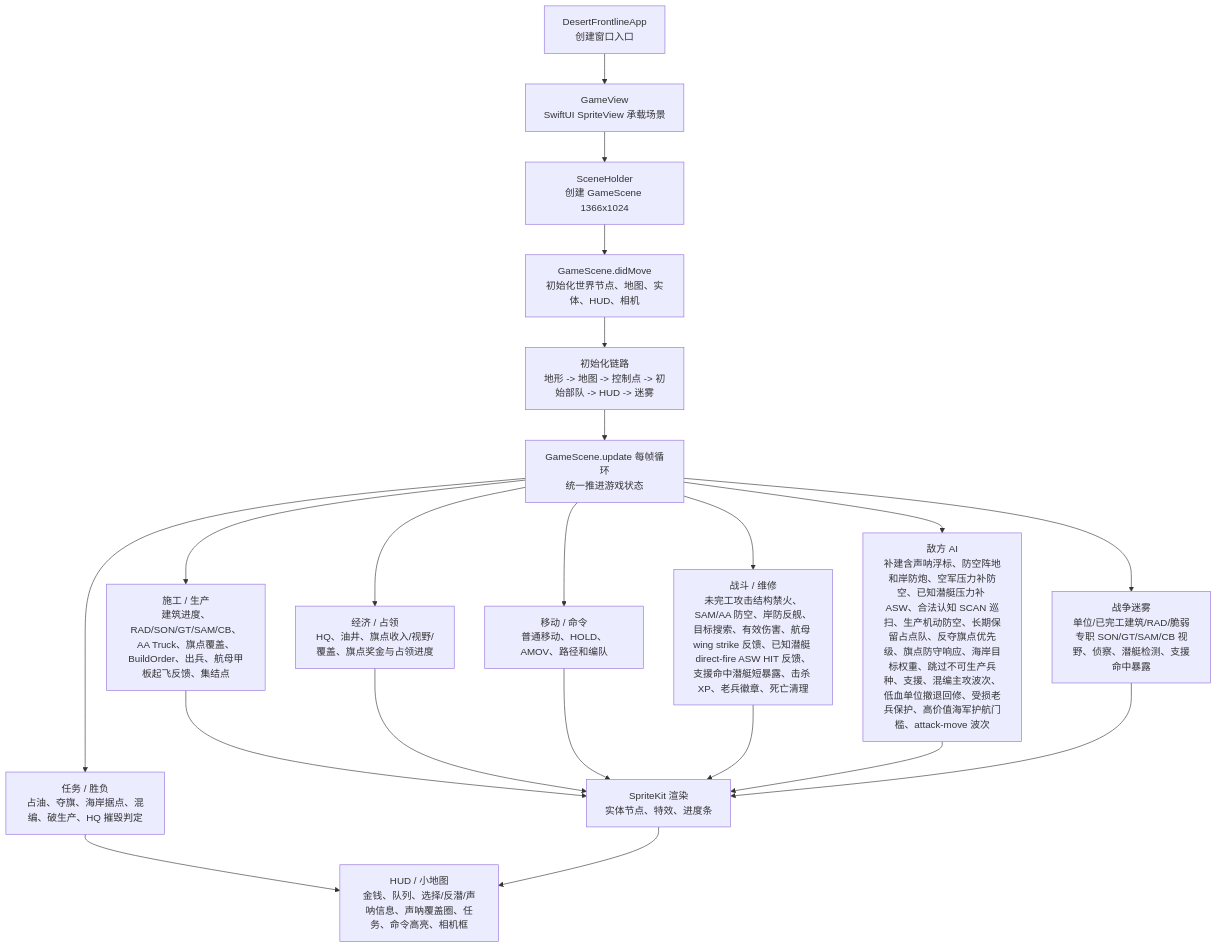
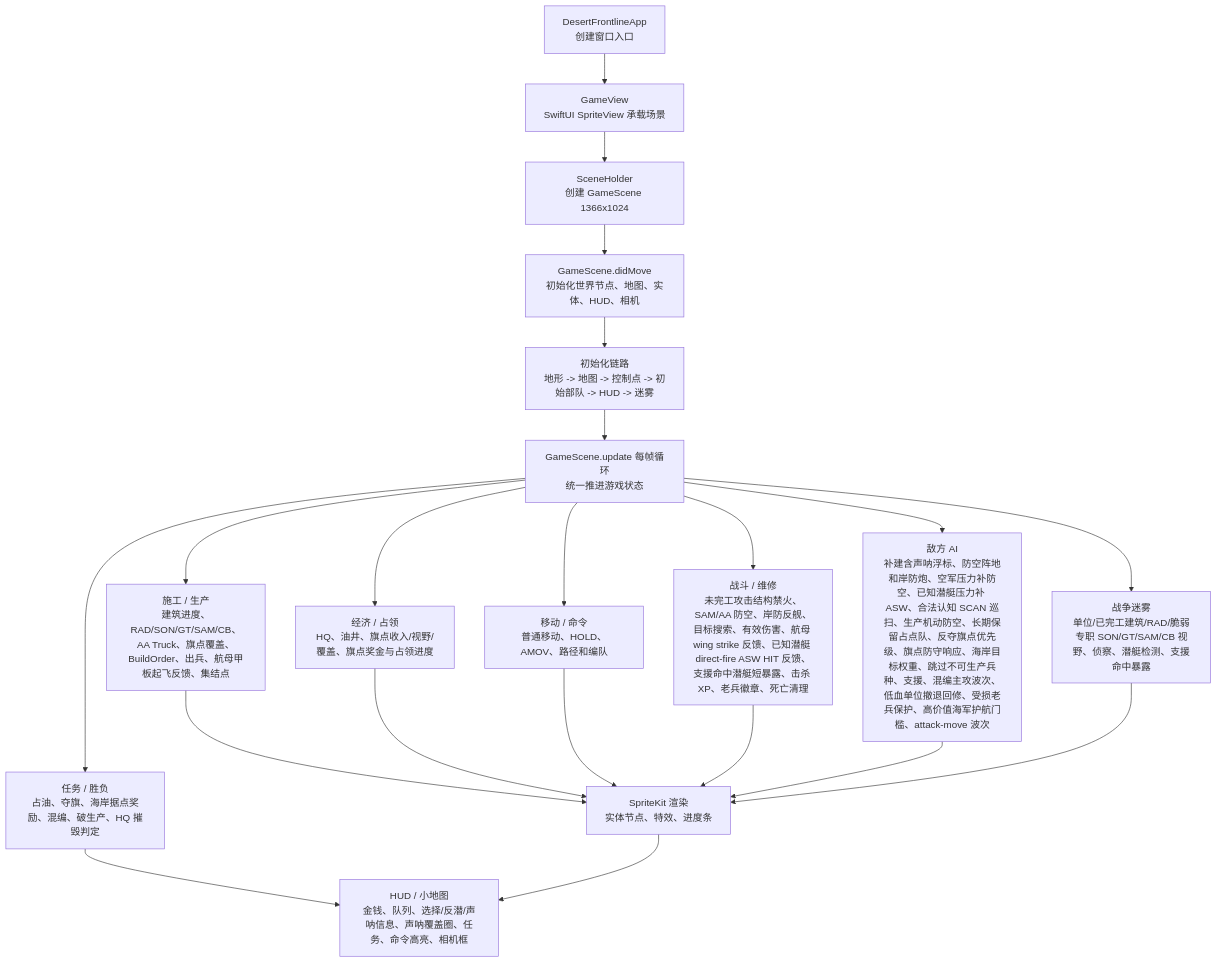
Before and after one commit to Altman-sam114/1145: the first of 3 diagrams in md/flow/flowchart.md, drawn with Mermaid. The commit also changed 4 other files, not shown here.

````diff
--- a/md/flow/flowchart.md
+++ b/md/flow/flowchart.md
@@ -9,23 +9,23 @@
 ```mermaid
 flowchart TD
   App["DesertFrontlineApp\n创建窗口入口"] --> View["GameView\nSwiftUI SpriteView 承载场景"]
   View --> Holder["SceneHolder\n创建 GameScene 1366x1024"]
   Holder --> Scene["GameScene.didMove\n初始化世界节点、地图、实体、HUD、相机"]
   Scene --> Init["初始化链路\n地形 -> 地图 -> 控制点 -> 初始部队 -> HUD -> 迷雾"]
   Init --> Loop["GameScene.update 每帧循环\n统一推进游戏状态"]
   Loop --> Build["施工 / 生产\n建筑进度、RAD/SON/GT/SAM/CB、AA Truck、旗点覆盖、BuildOrder、出兵、航母甲板起飞反馈、集结点"]
   Loop --> Economy["经济 / 占领\nHQ、油井、旗点收入/视野/覆盖、旗点奖金与占领进度"]
   Loop --> Commands["移动 / 命令\n普通移动、HOLD、AMOV、路径和编队"]
   Loop --> Combat["战斗 / 维修\n未完工攻击结构禁火、SAM/AA 防空、岸防反舰、目标搜索、有效伤害、航母 wing strike 反馈、已知潜艇 direct-fire ASW HIT 反馈、支援命中潜艇短暴露、击杀 XP、老兵徽章、死亡清理"]
   Loop --> AI["敌方 AI\n补建含声呐浮标、防空阵地和岸防炮、空军压力补防空、已知潜艇压力补 ASW、合法认知 SCAN 巡扫、生产机动防空、长期保留占点队、反夺旗点优先级、旗点防守响应、海岸目标权重、跳过不可生产兵种、支援、混编主攻波次、低血单位撤退回修、受损老兵保护、高价值海军护航门槛、attack-move 波次"]
   Loop --> Fog["战争迷雾\n单位/已完工建筑/RAD/脆弱专职 SON/GT/SAM/CB 视野、侦察、潜艇检测、支援命中暴露"]
-  Loop --> Mission["任务 / 胜负\n占油、夺旗、海岸据点、混编、破生产、HQ 摧毁判定"]
+  Loop --> Mission["任务 / 胜负\n占油、夺旗、海岸据点奖励、混编、破生产、HQ 摧毁判定"]
   Build --> Render["SpriteKit 渲染\n实体节点、特效、进度条"]
   Economy --> Render
   Commands --> Render
   Combat --> Render
   AI --> Render
   Fog --> Render
   Mission --> HUD["HUD / 小地图\n金钱、队列、选择/反潜/声呐信息、声呐覆盖圈、任务、命令高亮、相机框"]
   Render --> HUD
 ```
````
